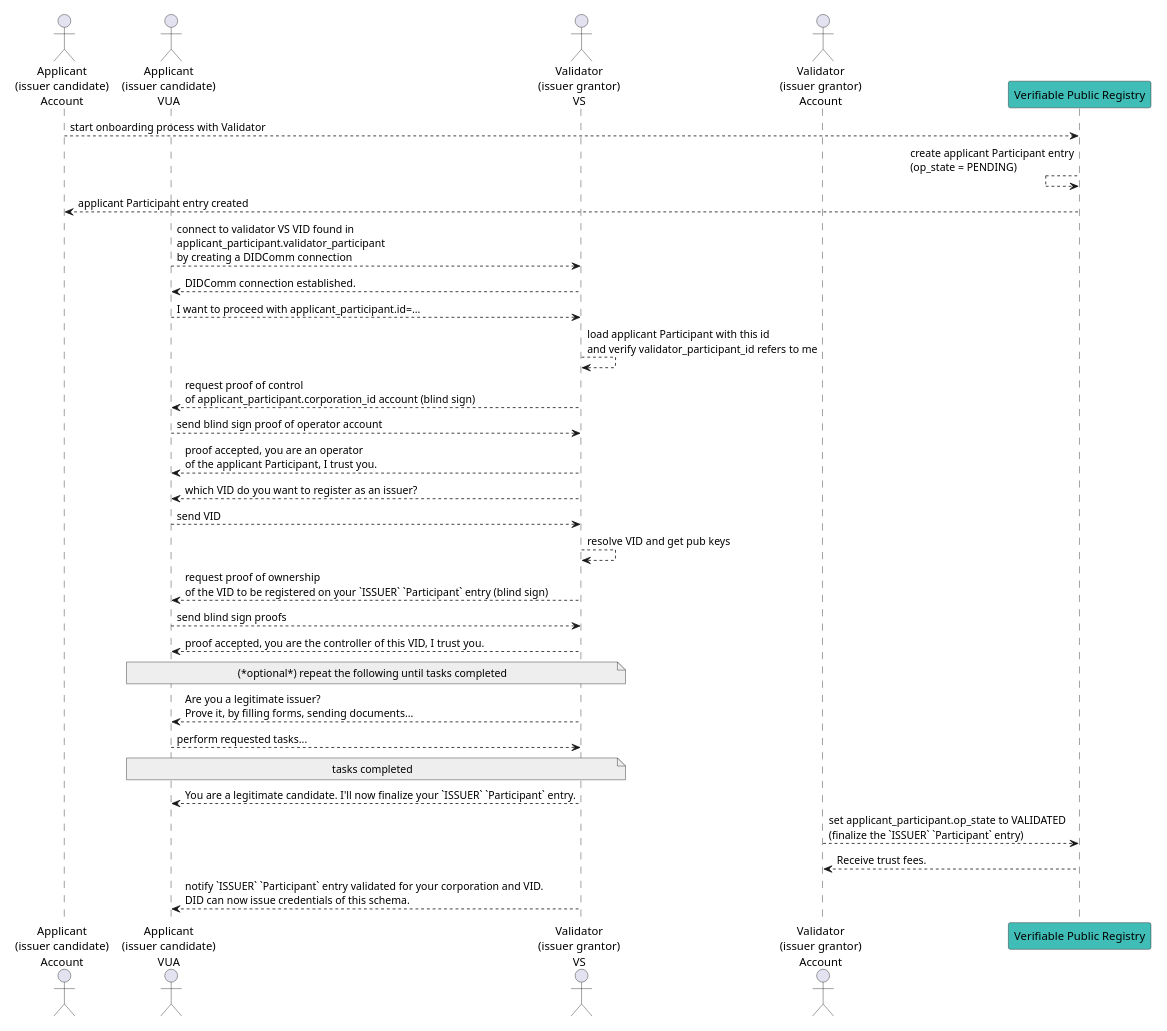
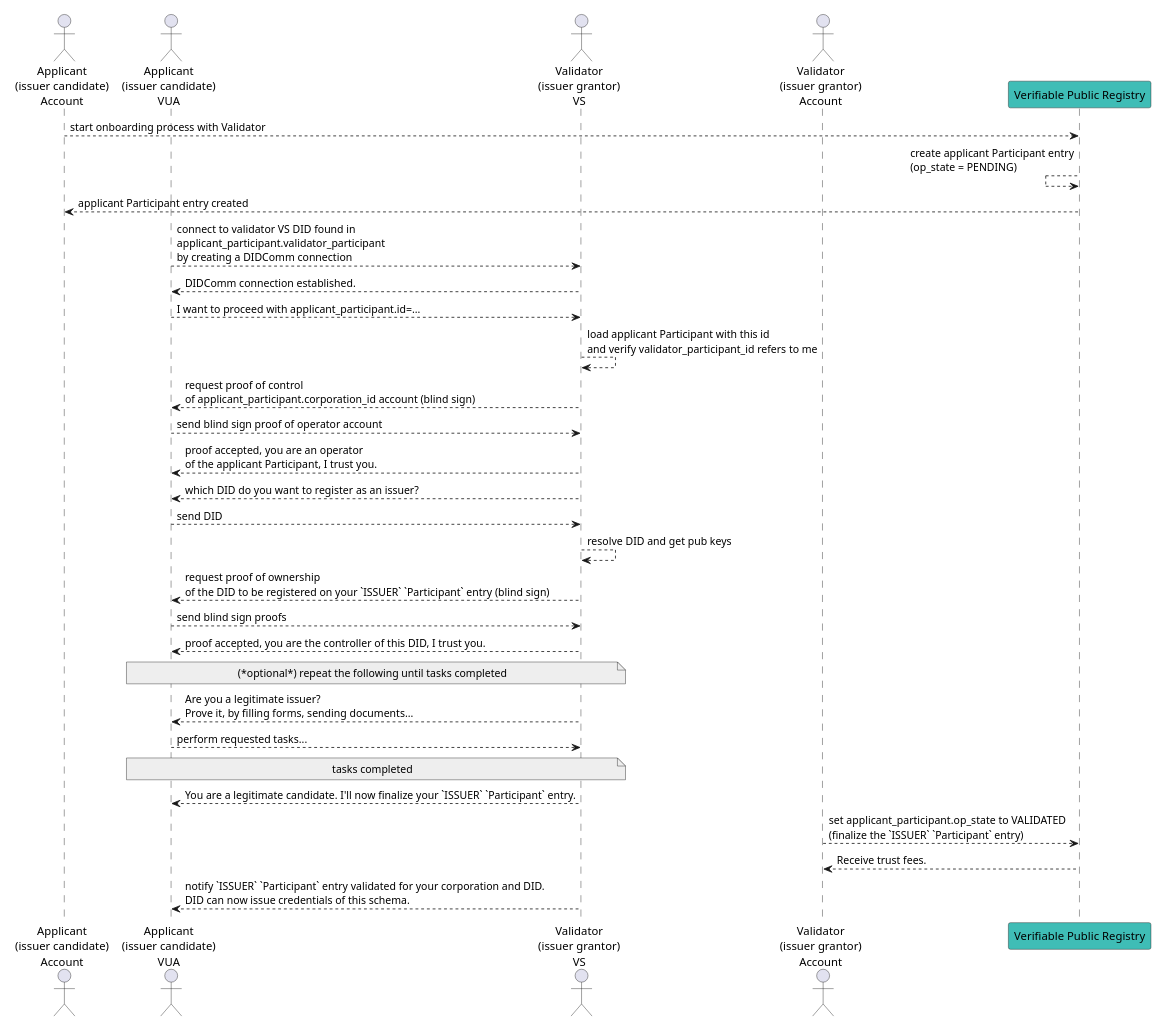
The seventh of 21 diagrams in spec.md (verana-labs/verifiable-trust-vpr-spec), drawn with PlantUML before and after one commit. The commit also changed other lines of this file, not shown here.

First line of the commit message:
revert(spec): drop the DID→VID rename, back to DID-only

````diff
--- a/spec.md
+++ b/spec.md
@@ -706,35 +703,35 @@
 ```plantuml
 scale max 800 width
 actor "Applicant\n(issuer candidate)\nAccount" as ApplicantAccount 
 actor "Applicant\n(issuer candidate)\nVUA" as ApplicantBrowser 
 
 actor "Validator\n(issuer grantor)\nVS" as ValidatorVS
 actor "Validator\n(issuer grantor)\nAccount" as ValidatorAccount
 
 participant "Verifiable Public Registry" as VPR #3fbdb6
 
 ApplicantAccount --> VPR: start onboarding process with Validator
 VPR <-- VPR: create applicant Participant entry\n(op_state = PENDING)
 ApplicantAccount <-- VPR: applicant Participant entry created
-ApplicantBrowser --> ValidatorVS: connect to validator VS VID found in\napplicant_participant.validator_participant\nby creating a DIDComm connection
+ApplicantBrowser --> ValidatorVS: connect to validator VS DID found in\napplicant_participant.validator_participant\nby creating a DIDComm connection
 ApplicantBrowser <-- ValidatorVS: DIDComm connection established.
 ApplicantBrowser --> ValidatorVS: I want to proceed with applicant_participant.id=...
 ValidatorVS --> ValidatorVS: load applicant Participant with this id\nand verify validator_participant_id refers to me
 ApplicantBrowser <-- ValidatorVS: request proof of control\nof applicant_participant.corporation_id account (blind sign)
 ApplicantBrowser --> ValidatorVS: send blind sign proof of operator account
 ApplicantBrowser <-- ValidatorVS: proof accepted, you are an operator\nof the applicant Participant, I trust you.
-ApplicantBrowser <-- ValidatorVS: which VID do you want to register as an issuer?
-ApplicantBrowser --> ValidatorVS: send VID
-ValidatorVS --> ValidatorVS: resolve VID and get pub keys
-ApplicantBrowser <-- ValidatorVS: request proof of ownership\nof the VID to be registered on your `ISSUER` `Participant` entry (blind sign)
+ApplicantBrowser <-- ValidatorVS: which DID do you want to register as an issuer?
+ApplicantBrowser --> ValidatorVS: send DID
+ValidatorVS --> ValidatorVS: resolve DID and get pub keys
+ApplicantBrowser <-- ValidatorVS: request proof of ownership\nof the DID to be registered on your `ISSUER` `Participant` entry (blind sign)
 ApplicantBrowser --> ValidatorVS: send blind sign proofs
-ApplicantBrowser <-- ValidatorVS: proof accepted, you are the controller of this VID, I trust you.
+ApplicantBrowser <-- ValidatorVS: proof accepted, you are the controller of this DID, I trust you.
 note over ApplicantBrowser, ValidatorVS #EEEEEE: (*optional*) repeat the following until tasks completed
 ApplicantBrowser <-- ValidatorVS: Are you a legitimate issuer?\nProve it, by filling forms, sending documents...
 ApplicantBrowser --> ValidatorVS: perform requested tasks...
 note over ApplicantBrowser, ValidatorVS #EEEEEE: tasks completed
 ApplicantBrowser <-- ValidatorVS: You are a legitimate candidate. I'll now finalize your `ISSUER` `Participant` entry.
 ValidatorAccount --> VPR #3fbdb6: set applicant_participant.op_state to VALIDATED\n(finalize the `ISSUER` `Participant` entry)
 VPR --> ValidatorAccount: Receive trust fees.
-ApplicantBrowser <-- ValidatorVS: notify `ISSUER` `Participant` entry validated for your corporation and VID.\nDID can now issue credentials of this schema.
+ApplicantBrowser <-- ValidatorVS: notify `ISSUER` `Participant` entry validated for your corporation and DID.\nDID can now issue credentials of this schema.
 ```
````
